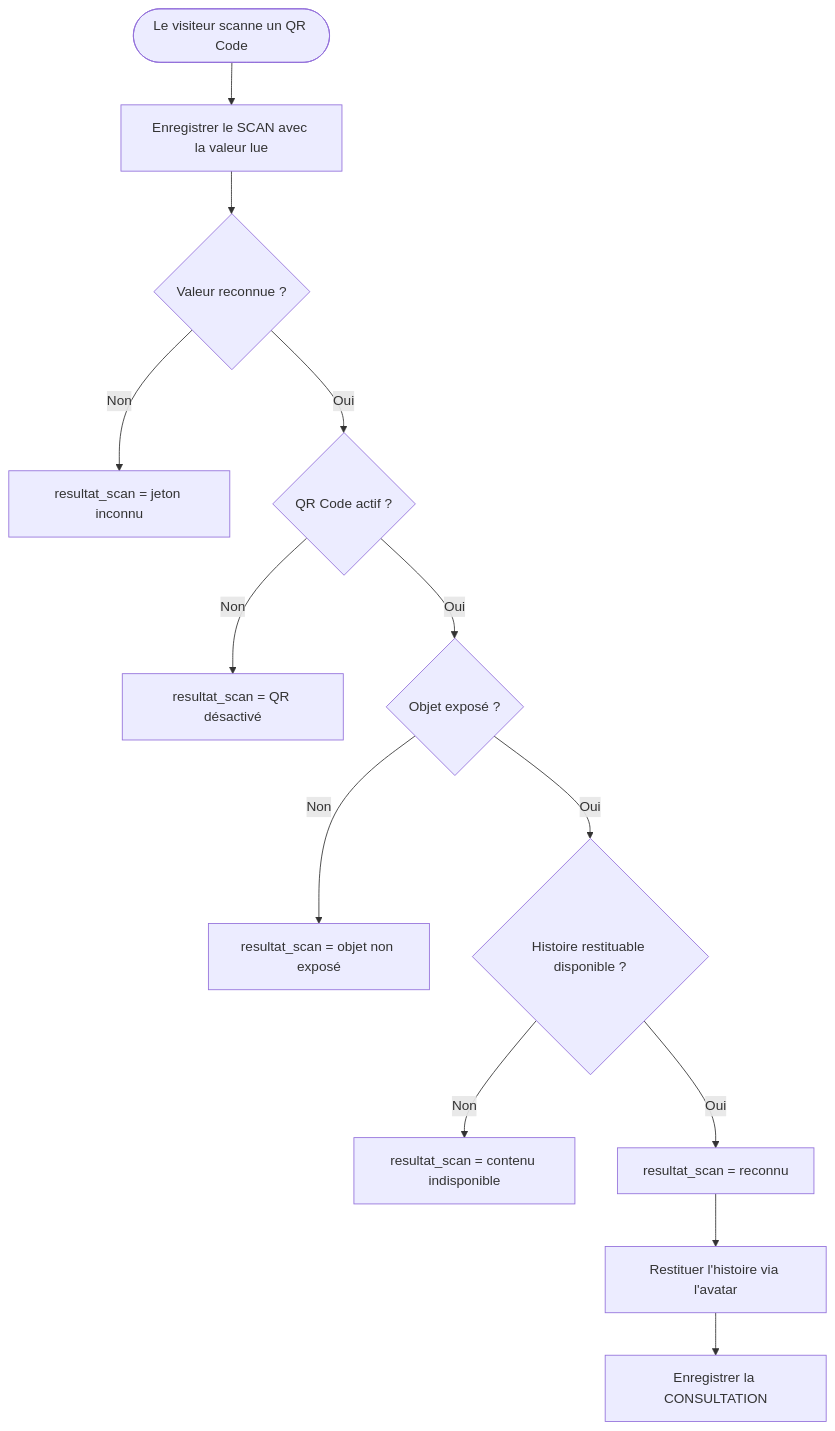
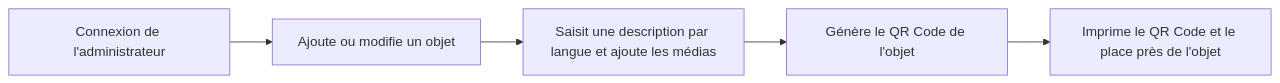
The third of 3 diagrams in mcd.md (UMOJALABS/MNRDC-BACKEND), drawn with Mermaid before and after one commit. The commit also changed other lines of this file, not shown here.

````diff
--- a/mcd.md
+++ b/mcd.md
@@ -1469,15 +150,7 @@
 ```mermaid
-flowchart TD
-    A(["Le visiteur scanne un QR Code"]) --> B["Enregistrer le SCAN avec la valeur lue"]
-    B --> C{"Valeur reconnue ?"}
-    C -->|Non| R1["resultat_scan = jeton inconnu"]
-    C -->|Oui| D{"QR Code actif ?"}
-    D -->|Non| R2["resultat_scan = QR désactivé"]
-    D -->|Oui| E{"Objet exposé ?"}
-    E -->|Non| R3["resultat_scan = objet non exposé"]
-    E -->|Oui| F{"Histoire restituable disponible ?"}
-    F -->|Non| R4["resultat_scan = contenu indisponible"]
-    F -->|Oui| G["resultat_scan = reconnu"]
-    G --> H["Restituer l'histoire via l'avatar"]
-    H --> I["Enregistrer la CONSULTATION"]
+flowchart LR
+    A["Connexion de l'administrateur"] --> B["Ajoute ou modifie un objet"]
+    B --> C["Saisit une description par langue et ajoute les médias"]
+    C --> D["Génère le QR Code de l'objet"]
+    D --> E["Imprime le QR Code et le place près de l'objet"]
 ```
````
